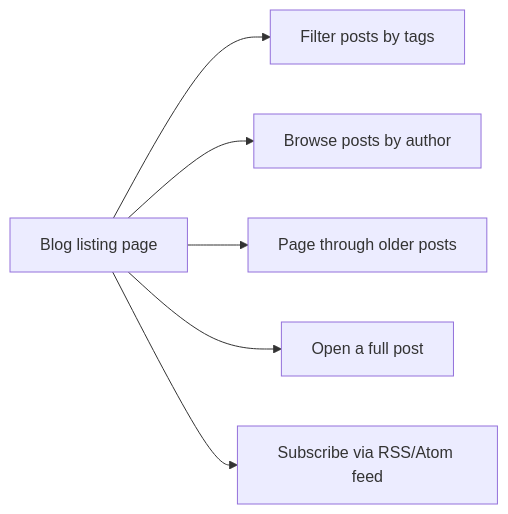
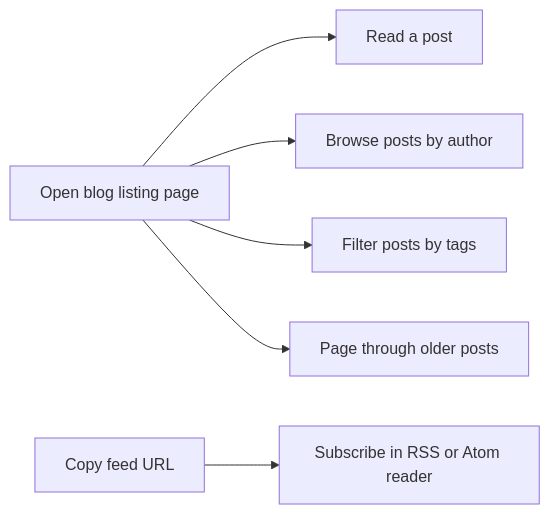
One commit to Mohita111/API2 changed the first of 2 diagrams in api2-documentation/plan_2026-11-02_f8890e/user-facing-docs/blog.md. Above: the diagram before and after it, drawn with Mermaid. The commit also changed other lines of this file and 11 other files, not shown here.

````diff
--- a/api2-documentation/plan_2026-11-02_f8890e/user-facing-docs/blog.md
+++ b/api2-documentation/plan_2026-11-02_f8890e/user-facing-docs/blog.md
@@ -44,8 +19,8 @@
 ```mermaid
 graph LR
-    A[Blog listing page] --> B[Filter posts by tags]
+    A[Open blog listing page] --> B[Read a post]
     A --> C[Browse posts by author]
-    A --> D[Page through older posts]
-    A --> E[Open a full post]
-    A --> F[Subscribe via RSS/Atom feed]
+    A --> D[Filter posts by tags]
+    A --> E[Page through older posts]
+    F[Copy feed URL] --> G[Subscribe in RSS or Atom reader]
 ```
````
